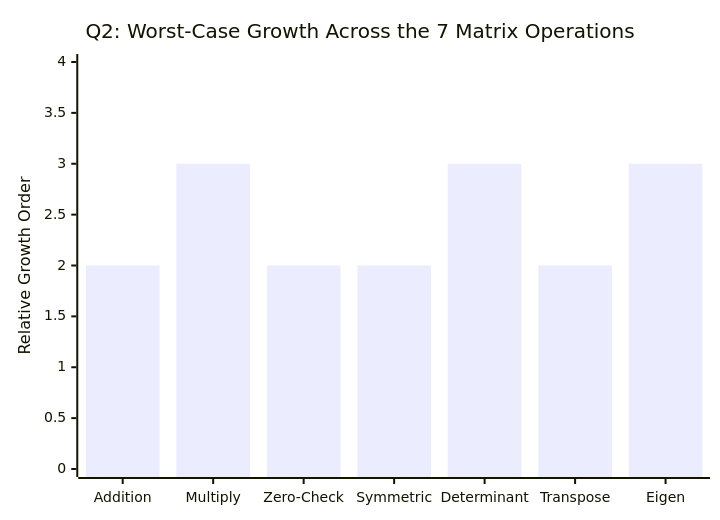
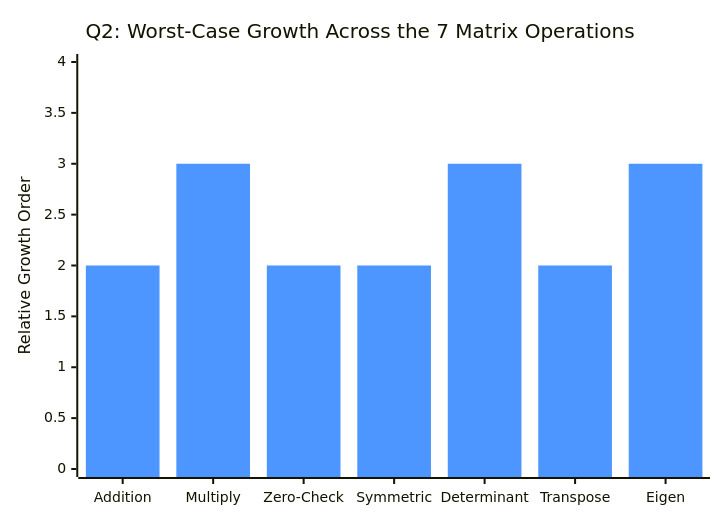
Before and after one commit to routsarthakkumar-byte/DAA-Lab: the third of 9 diagrams in Lab-06/README.md, drawn with Mermaid. The commit also changed other lines of this file and 1 other file, not shown here.

````diff
--- a/Lab-06/README.md
+++ b/Lab-06/README.md
@@ -107,7 +109,8 @@
 ```mermaid
+%%{init: {"themeVariables": {"xyChart": {"plotColorPalette": "#4D96FF, #F72585, #06D6A0, #FFD93D, #9D4EDD, #00C2CB, #FF6B6B"}}}}%%
 xychart-beta
     title "Q2: Worst-Case Growth Across the 7 Matrix Operations"
     x-axis ["Addition", "Multiply", "Zero-Check", "Symmetric", "Determinant", "Transpose", "Eigen"]
     y-axis "Relative Growth Order" 0 --> 4
     bar [2, 3, 2, 2, 3, 2, 3]
 ```
````
